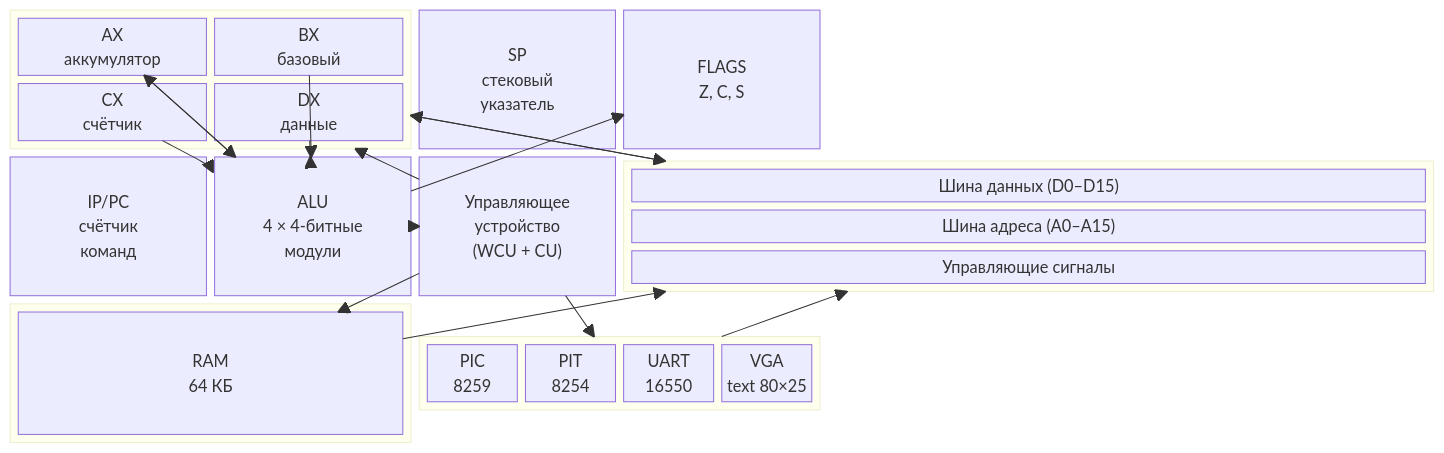
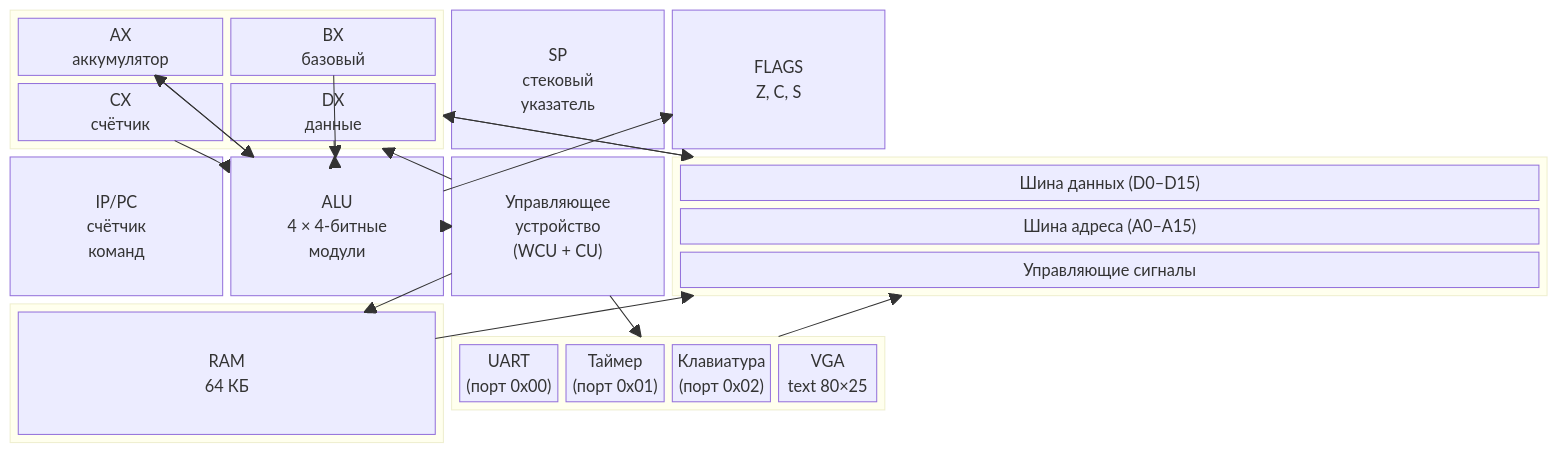
The first of 4 diagrams in docs/ru/architecture/overview.md (MinecAnton209/NovumOS-16bit), drawn with Mermaid before and after one commit. The commit also changed other lines of this file and 30 other files, not shown here.

First line of the commit message:
feat: simple UART at port 0x00, kernel shell, remove PIC/PIT/UART16550, update docs

````diff
--- a/docs/ru/architecture/overview.md
+++ b/docs/ru/architecture/overview.md
@@ -17,55 +17,55 @@
 ```mermaid
 block-beta
     columns 4
 
     block:REG:2
         columns 2
         AX["AX\nаккумулятор"]
         BX["BX\nбазовый"]
         CX["CX\nсчётчик"]
         DX["DX\nданные"]
     end
 
     SP["SP\nстековый\nуказатель"]
     FLAGS["FLAGS\nZ, C, S"]
     IP["IP/PC\nсчётчик\nкоманд"]
 
     ALU["ALU\n4 × 4-битные\nмодули"]
 
     CU["Управляющее\nустройство\n(WCU + CU)"]
 
     block:BUS:4
         columns 1
         DATABUS["Шина данных (D0–D15)"]
         ADDRBUS["Шина адреса (A0–A15)"]
         CONTROL["Управляющие сигналы"]
     end
 
     block:MEMORY:2
         RAM["RAM\n64 КБ"]
     end
 
     block:IO_SEC:2
-        PIC["PIC\n8259"]
-        PIT["PIT\n8254"]
-        UART["UART\n16550"]
+        UART["UART\n(порт 0x00)"]
+        TIMER["Таймер\n(порт 0x01)"]
+        KBD["Клавиатура\n(порт 0x02)"]
         VGA["VGA\ntext 80×25"]
     end
 
     AX --> ALU
     BX --> ALU
     CX --> ALU
     DX --> ALU
     ALU --> AX
     ALU --> FLAGS
 
     CU --> REG
     CU --> ALU
     CU --> RAM
     CU --> IO_SEC
 
     REG --> BUS
     RAM --> BUS
     IO_SEC --> BUS
     BUS --> REG
 ```
````
